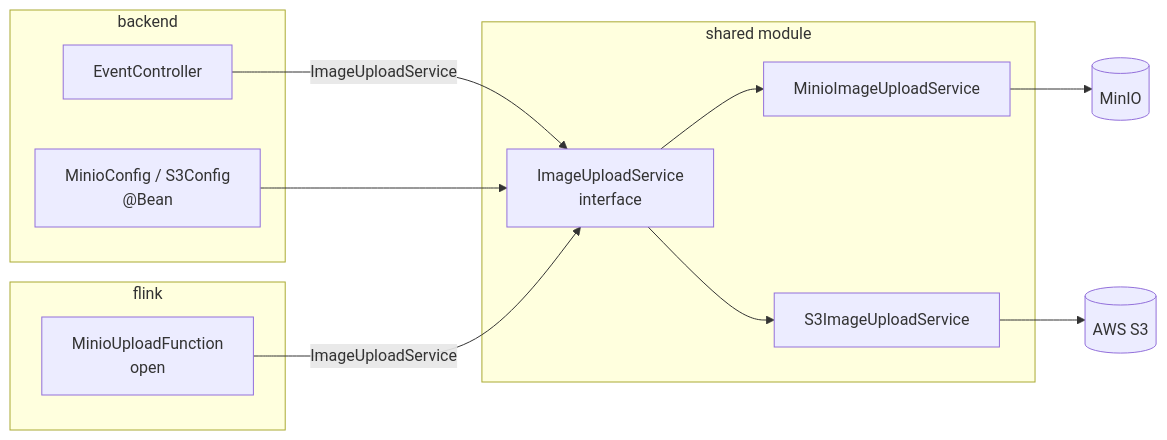
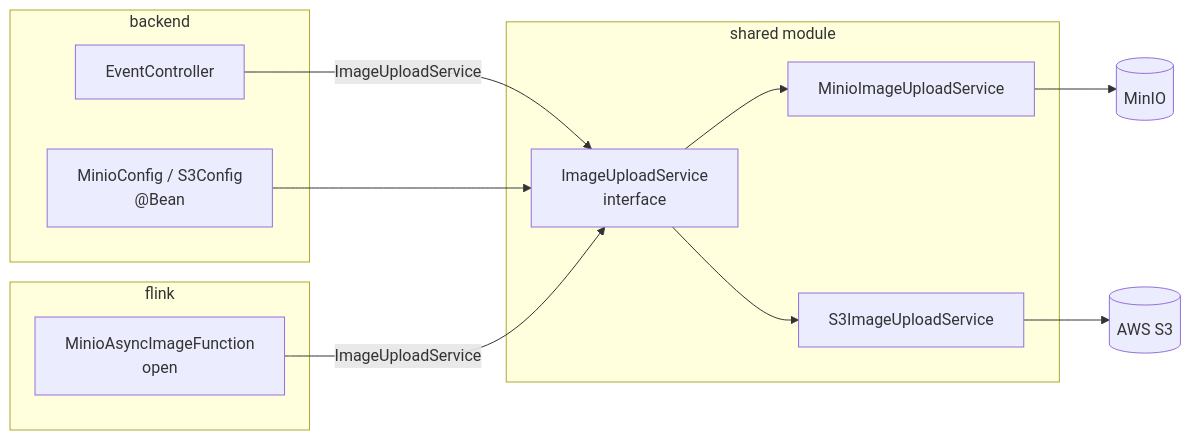
One commit to erancha/springboot-kafka-flink-postgres-minio-pipeline changed the second of 2 diagrams in docs/eventtype/s3-migration.md. Above: the diagram before and after it, drawn with Mermaid. The commit also changed other lines of this file and 37 other files, not shown here.

````diff
--- a/docs/eventtype/s3-migration.md
+++ b/docs/eventtype/s3-migration.md
@@ -23,22 +23,22 @@
 ```mermaid
 graph LR
     subgraph shared module
         IF[ImageUploadService\ninterface]
         MMIUS[MinioImageUploadService]
         S3IUS[S3ImageUploadService]
         IF --> MMIUS
         IF --> S3IUS
     end
 
     subgraph backend
         EC[EventController] -->|ImageUploadService| IF
         MC[MinioConfig / S3Config\n@Bean] --> IF
     end
 
     subgraph flink
-        MUF[MinioUploadFunction\nopen] -->|ImageUploadService| IF
+        MUF[MinioAsyncImageFunction\nopen] -->|ImageUploadService| IF
     end
 
     MMIUS --> MinIO[(MinIO)]
     S3IUS --> S3[(AWS S3)]
 ```
````
